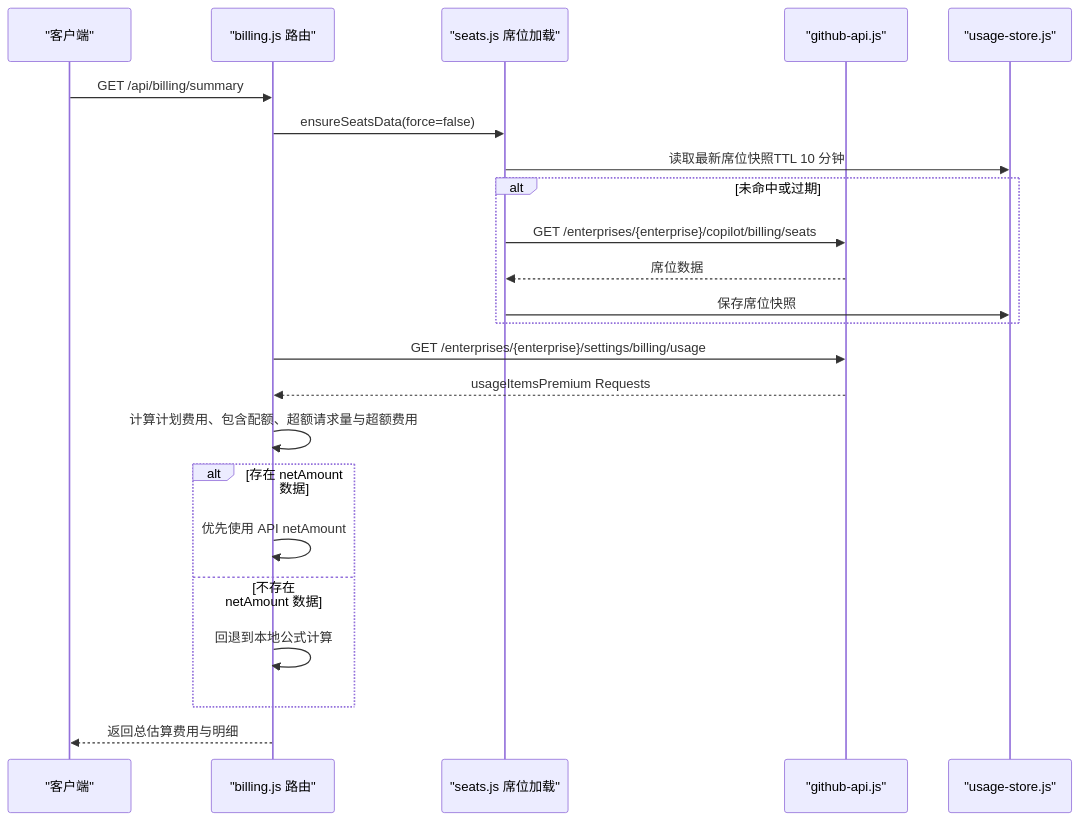
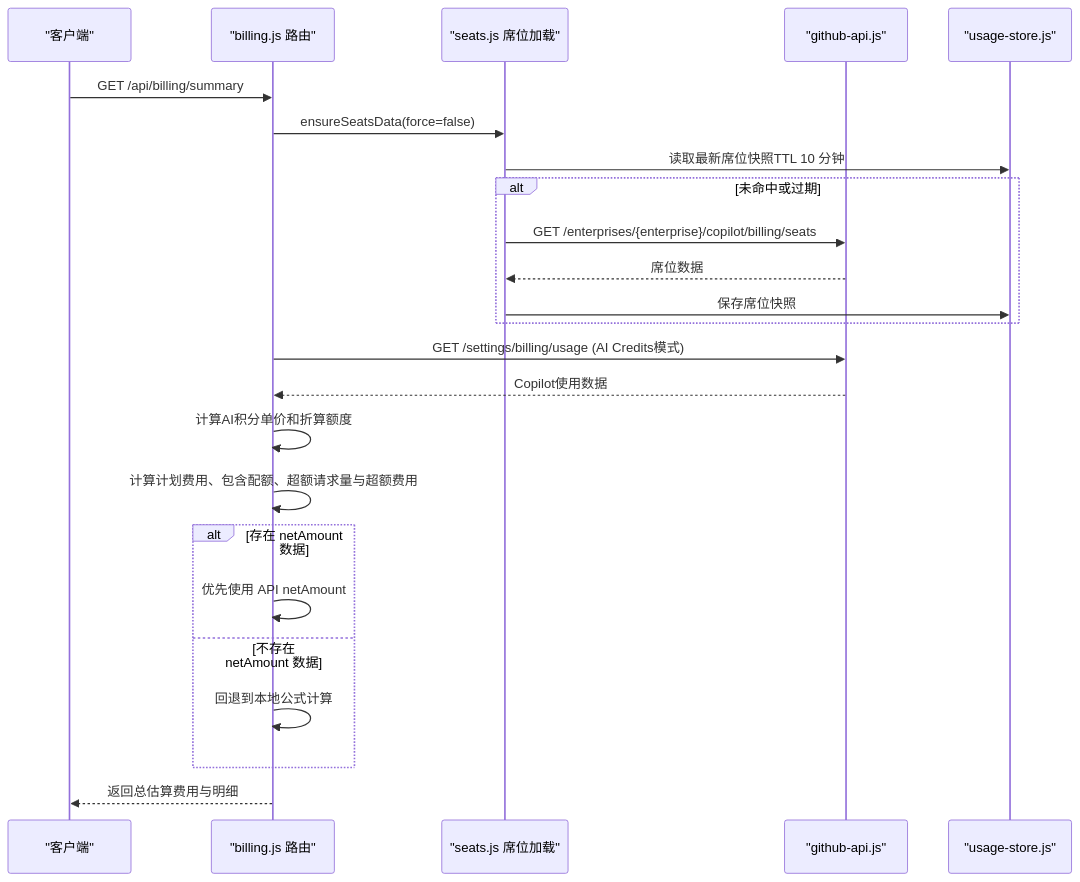
The sixth of 11 diagrams in .qoder/repowiki/zh/content/核心模块/费用配置模块.md (kissingwolf/CopilotEnterpriseUsageDisplay), drawn with Mermaid before and after one commit. The commit also changed other lines of this file and 9 other files, not shown here.

````diff
--- a/.qoder/repowiki/zh/content/核心模块/费用配置模块.md
+++ b/.qoder/repowiki/zh/content/核心模块/费用配置模块.md
@@ -196,25 +297,26 @@
 ```mermaid
 sequenceDiagram
 participant C as "客户端"
 participant R as "billing.js 路由"
 participant S as "seats.js 席位加载"
 participant G as "github-api.js"
 participant U as "usage-store.js"
 C->>R : GET /api/billing/summary
 R->>S : ensureSeatsData(force=false)
 S->>U : 读取最新席位快照TTL 10 分钟
 alt 未命中或过期
 S->>G : GET /enterprises/{enterprise}/copilot/billing/seats
 G-->>S : 席位数据
 S->>U : 保存席位快照
 end
-R->>G : GET /enterprises/{enterprise}/settings/billing/usage
-G-->>R : usageItemsPremium Requests
+R->>G : GET /settings/billing/usage (AI Credits模式)
+G-->>R : Copilot使用数据
+R->>R : 计算AI积分单价和折算额度
 R->>R : 计算计划费用、包含配额、超额请求量与超额费用
 alt 存在 netAmount 数据
 R->>R : 优先使用 API netAmount
 else 不存在 netAmount 数据
 R->>R : 回退到本地公式计算
 end
 R-->>C : 返回总估算费用与明细
 ```
````
